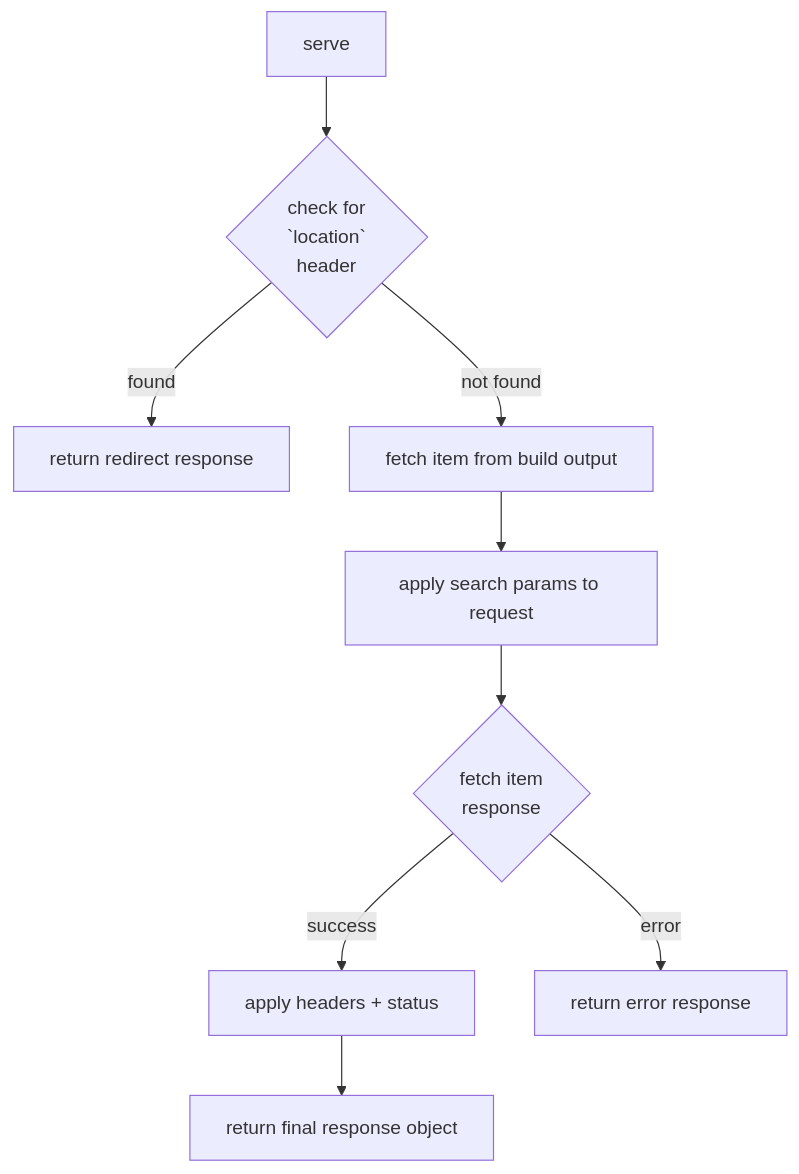
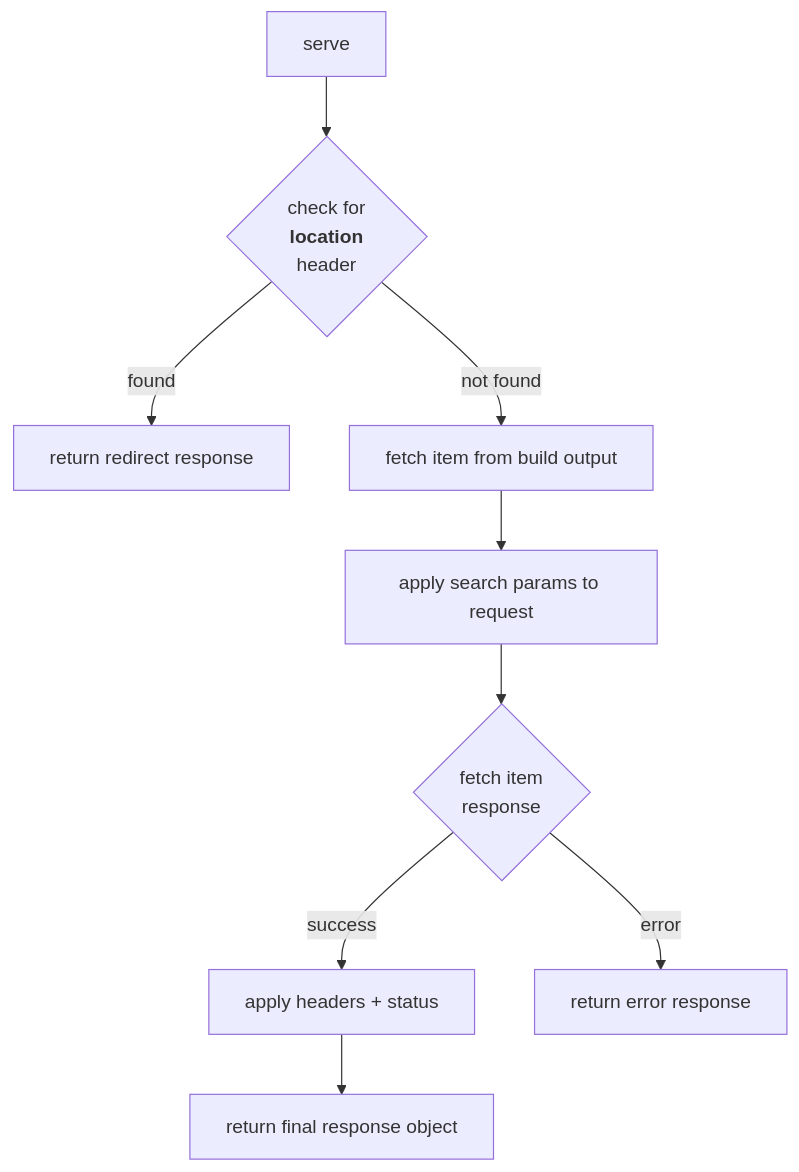
The third of 3 diagrams in docs/technical/routing.md (cloudflare/next-on-pages), drawn with Mermaid before and after one commit. The commit also changed other lines of this file, not shown here.

Commit message:
Update flowchart routing.md (#906)

````diff
--- a/docs/technical/routing.md
+++ b/docs/technical/routing.md
@@ -244,11 +244,11 @@
 ```mermaid
 flowchart TD
-    serve --> checkRedirect{check for\n`location`\nheader}
+    serve --> checkRedirect{check for<br><b>location</b><br>header}
     checkRedirect --> |found| returnRedirect[return redirect response]
     checkRedirect --> |not found| fetchItemFromOutput[fetch item from build output]
     fetchItemFromOutput --> applySearchParams[apply search params to request]
-    applySearchParams --> retrieveResponseForItem{fetch item\nresponse}
+    applySearchParams --> retrieveResponseForItem{fetch item<br>response}
     retrieveResponseForItem --> |success| applyHeadersAndStatus[apply headers + status]
     retrieveResponseForItem --> |error| returnError[return error response]
     applyHeadersAndStatus --> returnResponse[return final response object]
 ```
````
